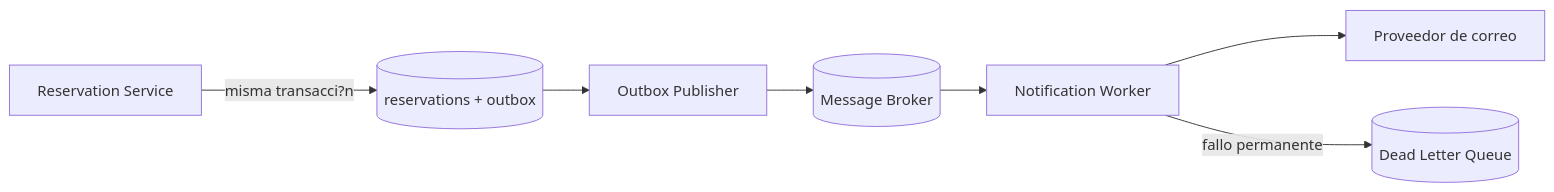
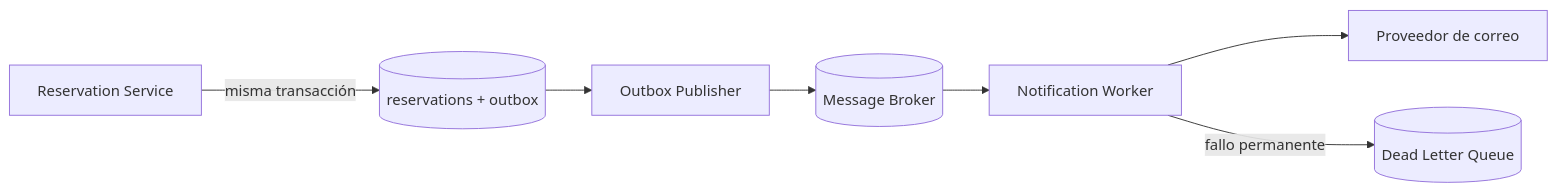
One commit to UPSGabriel/ticket-reservation-system changed the diagram in docs/ANALISIS-FALLOS.md. Above: the diagram before and after it, drawn with Mermaid. The commit also changed other lines of this file and 6 other files, not shown here.

````diff
--- a/docs/ANALISIS-FALLOS.md
+++ b/docs/ANALISIS-FALLOS.md
@@ -66,9 +66,9 @@
 ```mermaid
 flowchart LR
-    R[Reservation Service] -->|misma transacci?n| DB[(reservations + outbox)]
+    R[Reservation Service] -->|misma transacción| DB[(reservations + outbox)]
     DB --> P[Outbox Publisher]
     P --> Q[(Message Broker)]
     Q --> N[Notification Worker]
     N --> M[Proveedor de correo]
     N -->|fallo permanente| D[(Dead Letter Queue)]
 ```
````
